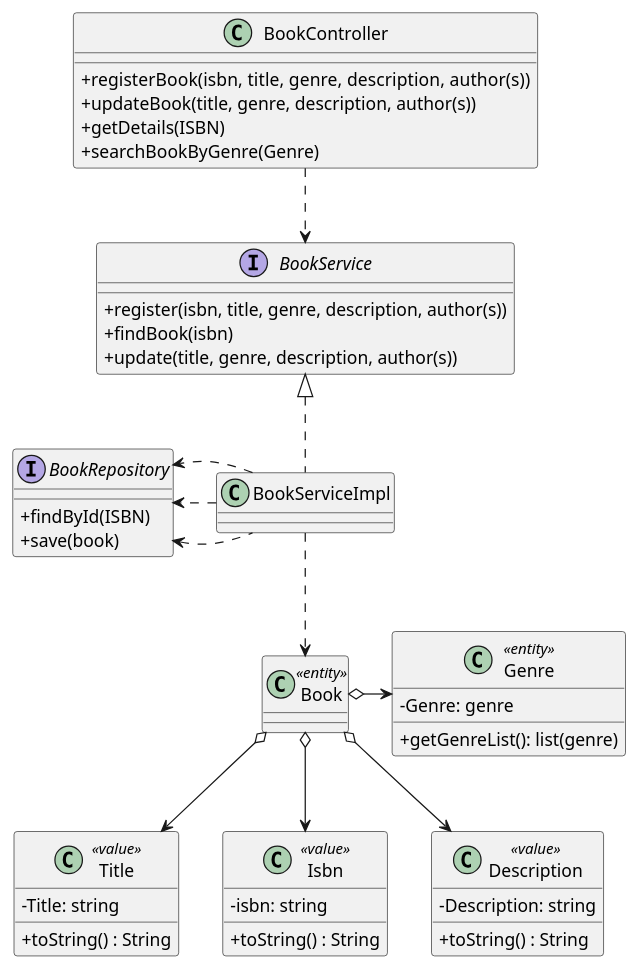
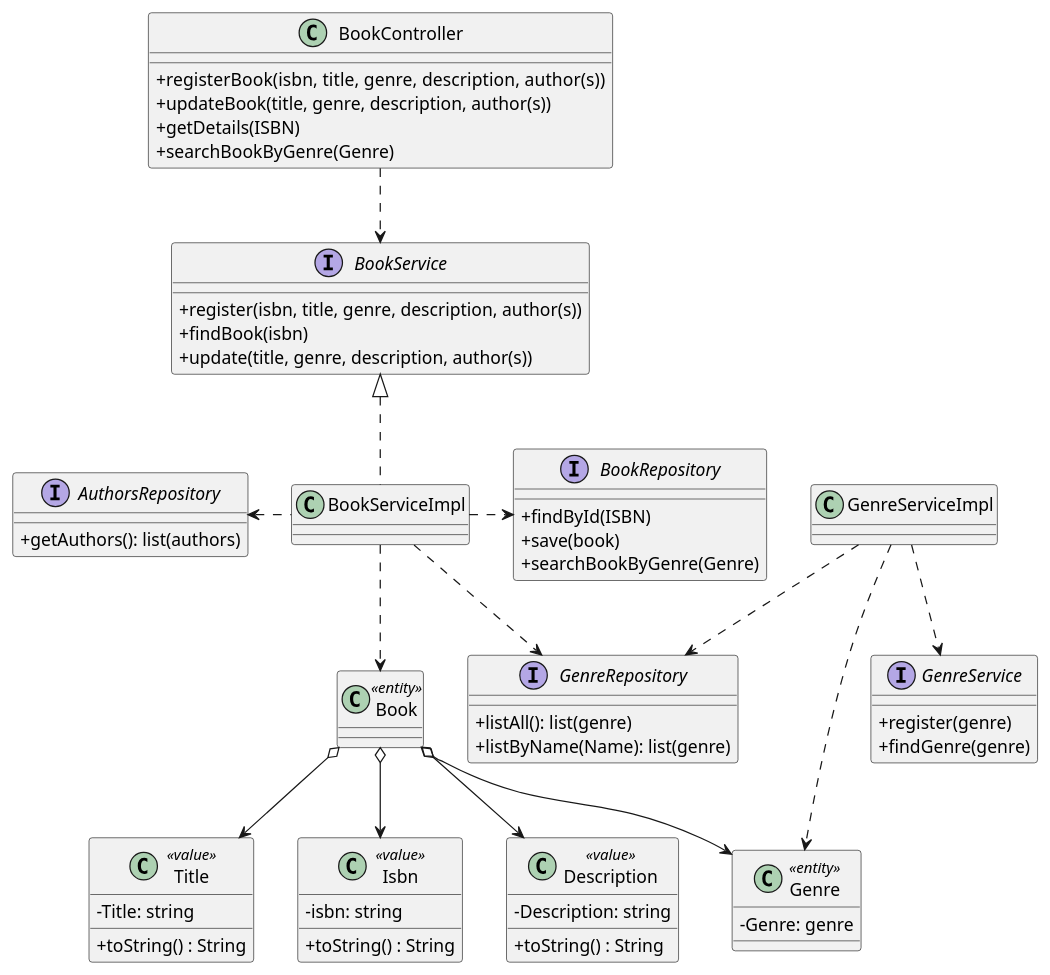
The diagram in Docs/Phase1/WP2A-Books/WP2A-Books-CD.puml (rutemf/1220944_1220772_G01), drawn with PlantUML before and after one commit.

Commit message:
class diagram books

```diff
--- a/Docs/Phase1/WP2A-Books/WP2A-Books-CD.puml
+++ b/Docs/Phase1/WP2A-Books/WP2A-Books-CD.puml
@@ -1,63 +1,79 @@
 @startuml
 
 'hide circle
 skinparam classAttributeIconSize 0
 
 class BookController {
     + registerBook(isbn,  title, genre, description, author(s))
     + updateBook(title, genre, description, author(s))
     + getDetails(ISBN)
     + searchBookByGenre(Genre)
 }
 
 interface BookRepository {
     + findById(ISBN)
     + save(book)
+    + searchBookByGenre(Genre)
 }
 
 interface BookService {
     + register(isbn, title, genre, description, author(s))
     + findBook(isbn)
     + update(title, genre, description, author(s))
 }
 
 class BookServiceImpl implements BookService{
 }
 
 class Book <<entity>>{
 
 }
 
 class Title <<value>>{
     - Title: string
     + toString() : String
 }
 
 class Isbn <<value>>{
     - isbn: string
     + toString() : String
 }
 
 class Description <<value>>{
     - Description: string
     + toString() : String
 }
 
 class Genre <<entity>>{
    - Genre: genre
-   + getGenreList(): list(genre)
+}
+
+interface GenreRepository {
+    + listAll(): list(genre)
+    + listByName(Name): list(genre)
+}
+
+interface GenreService {
+    + register(genre)
+    + findGenre(genre)
+}
+
+interface AuthorsRepository {
+    + getAuthors(): list(authors)
 }
 
 Book o--> Isbn
 Book o--> Title
 Book o--> Description
-Book o-> Genre
+Book o--> Genre
 
-BookServiceImpl ..> Book
+BookServiceImpl .down.> Book
 
+BookServiceImpl..>GenreRepository
+BookServiceImpl .left.>AuthorsRepository
+GenreServiceImpl ..> Genre
 BookController ..> BookService
-BookServiceImpl .left.> BookRepository
-BookServiceImpl ..> BookRepository
 BookServiceImpl .right.> BookRepository
-
+GenreServiceImpl ..> GenreRepository
+GenreServiceImpl ..> GenreService
 @enduml
```
